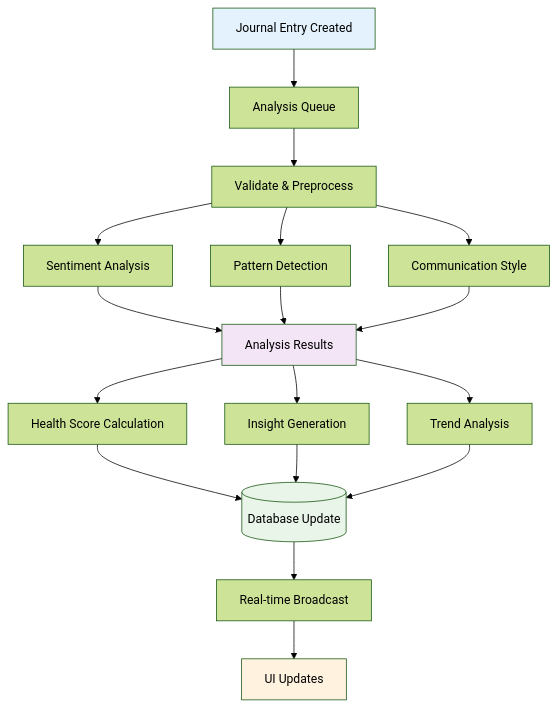
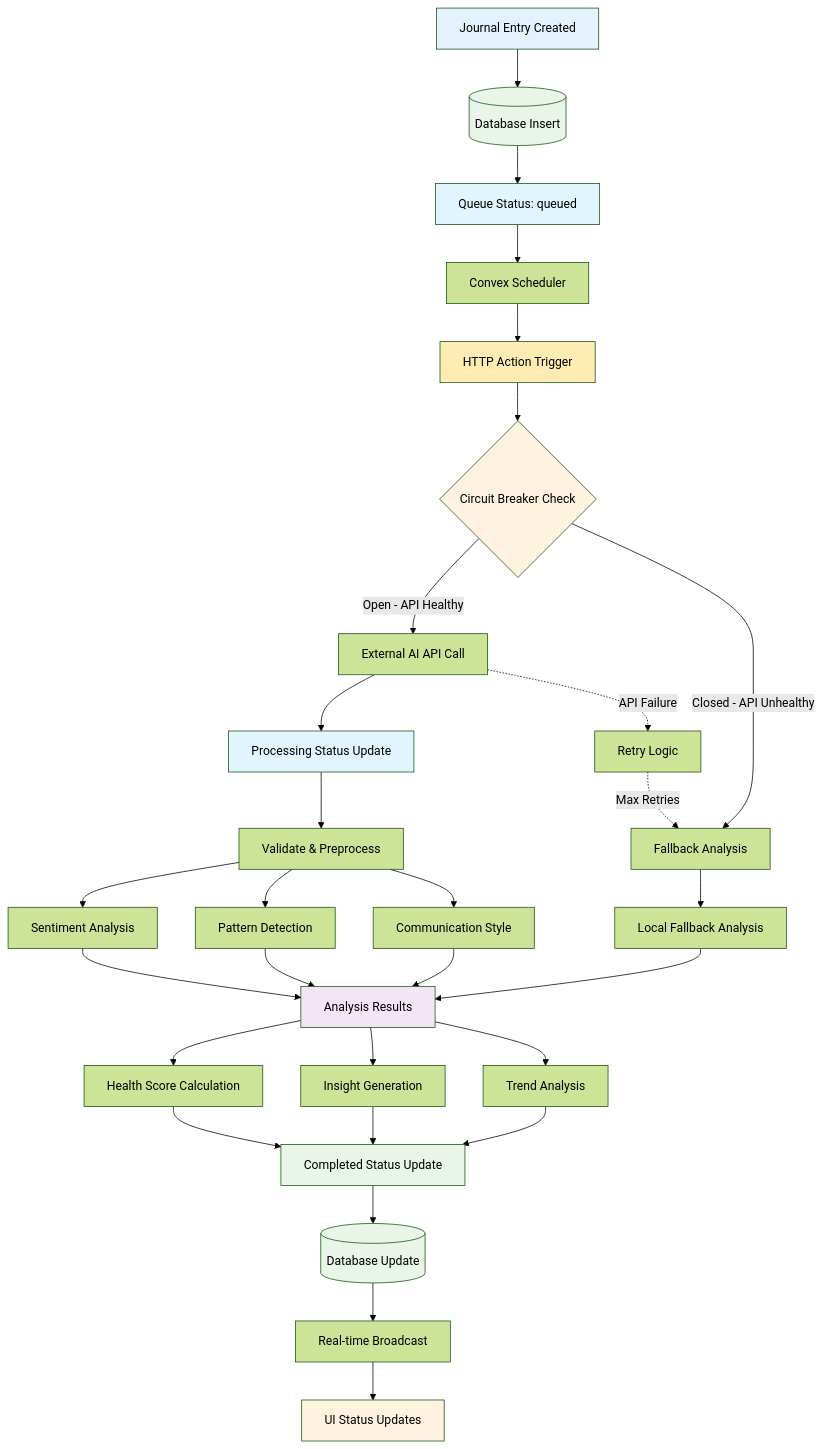
Before and after one commit to tcynic/resonant: the fourth of 7 diagrams in docs/architecture/data-flow-architecture.md, drawn with Mermaid (forest theme). The commit also changed other lines of this file and 12 other files, not shown here.

First line of the commit message:
docs: Complete HTTP Actions architecture migration documentation

````diff
--- a/docs/architecture/data-flow-architecture.md
+++ b/docs/architecture/data-flow-architecture.md
@@ -293,28 +361,50 @@
 ```mermaid
 flowchart TD
-    JE[Journal Entry Created] --> AQ[Analysis Queue]
-    AQ --> VP[Validate & Preprocess]
+    JE[Journal Entry Created] --> DB[(Database Insert)]
+    DB --> QS[Queue Status: queued]
+    QS --> SC[Convex Scheduler]
+    SC --> HA[HTTP Action Trigger]
+    
+    HA --> CB{Circuit Breaker Check}
+    CB -->|Open - API Healthy| EA[External AI API Call]
+    CB -->|Closed - API Unhealthy| FB[Fallback Analysis]
+    
+    EA --> PS1[Processing Status Update]
+    PS1 --> VP[Validate & Preprocess]
     VP --> SE[Sentiment Analysis]
     VP --> PD[Pattern Detection]
     VP --> CS[Communication Style]
-
+    
     SE --> AR[Analysis Results]
     PD --> AR
     CS --> AR
-
+    
+    FB --> FA[Local Fallback Analysis]
+    FA --> AR
+    
     AR --> HS[Health Score Calculation]
     AR --> IG[Insight Generation]
     AR --> TR[Trend Analysis]
-
-    HS --> DB[(Database Update)]
-    IG --> DB
-    TR --> DB
-
-    DB --> RT[Real-time Broadcast]
-    RT --> UI[UI Updates]
-
+    
+    HS --> CS1[Completed Status Update]
+    IG --> CS1
+    TR --> CS1
+    CS1 --> DB2[(Database Update)]
+    
+    DB2 --> RT[Real-time Broadcast]
+    RT --> UI[UI Status Updates]
+    
+    EA -.->|API Failure| RL[Retry Logic]
+    RL -.->|Max Retries| FB
+    
     style JE fill:#e3f2fd
+    style HA fill:#ffecb3
+    style CB fill:#fff3e0
     style AR fill:#f3e5f5
     style DB fill:#e8f5e8
+    style DB2 fill:#e8f5e8
     style UI fill:#fff3e0
+    style QS fill:#e1f5fe
+    style PS1 fill:#e1f5fe
+    style CS1 fill:#e8f5e8
 ```
````
